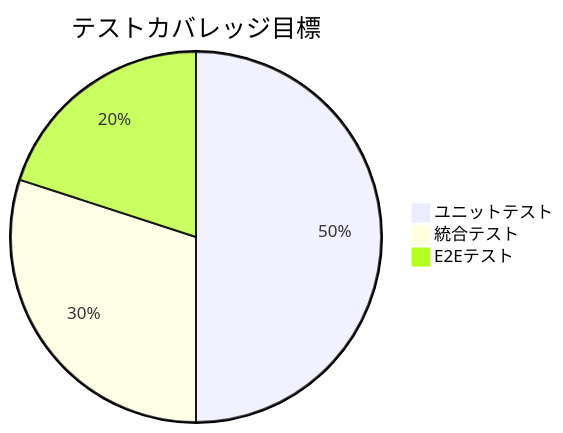
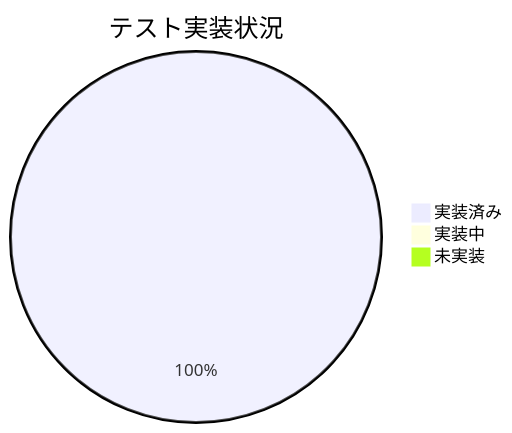
One commit to yutawtr1214/youtube-samalizer changed the second of 2 diagrams in memory-bank/progress.md. Above: the diagram before and after it, drawn with Mermaid. The commit also changed other lines of this file and 14 other files, not shown here.

````diff
--- a/memory-bank/progress.md
+++ b/memory-bank/progress.md
@@ -51,6 +64,6 @@
 ```mermaid
-pie title テストカバレッジ目標
-    "ユニットテスト" : 50
-    "統合テスト" : 30
-    "E2Eテスト" : 20
+pie title テスト実装状況
+    "実装済み" : 100
+    "実装中" : 0
+    "未実装" : 0
 ```
````
